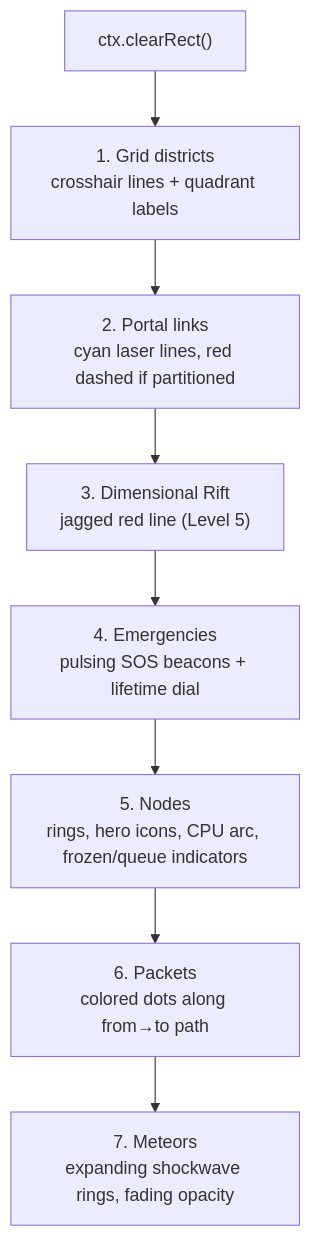
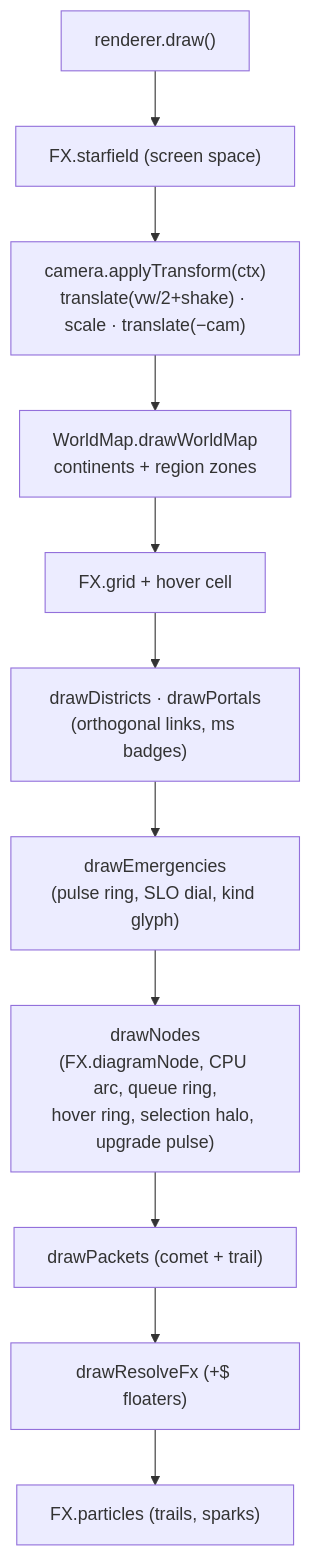
Before and after one commit to bmvanwyk/Architect: the eighth of 8 diagrams in docs/architecture.md, drawn with Mermaid. The commit also changed other lines of this file, not shown here.

Commit message:
docs: architecture.md — module map, tick pipeline, packet state machine, mechanics reference, modification recipes (Mermaid)

````diff
--- a/docs/architecture.md
+++ b/docs/architecture.md
@@ -275,10 +223,13 @@
 ```mermaid
 flowchart TD
-    CLR["ctx.clearRect()"] --> G1["1. Grid districts<br/>crosshair lines + quadrant labels"]
-    G1 --> G2["2. Portal links<br/>cyan laser lines, red dashed if partitioned"]
-    G2 --> G3["3. Dimensional Rift<br/>jagged red line (Level 5)"]
-    G3 --> G4["4. Emergencies<br/>pulsing SOS beacons + lifetime dial"]
-    G4 --> G5["5. Nodes<br/>rings, hero icons, CPU arc, frozen/queue indicators"]
-    G5 --> G6["6. Packets<br/>colored dots along from→to path"]
-    G6 --> G7["7. Meteors<br/>expanding shockwave rings, fading opacity"]
+    A["renderer.draw()"] --> B["FX.starfield (screen space)"]
+    B --> C["camera.applyTransform(ctx)<br/>translate(vw/2+shake) · scale · translate(−cam)"]
+    C --> D["WorldMap.drawWorldMap<br/>continents + region zones"]
+    D --> E["FX.grid + hover cell"]
+    E --> F["drawDistricts · drawPortals<br/>(orthogonal links, ms badges)"]
+    F --> G["drawEmergencies<br/>(pulse ring, SLO dial, kind glyph)"]
+    G --> H["drawNodes<br/>(FX.diagramNode, CPU arc, queue ring,<br/>hover ring, selection halo, upgrade pulse)"]
+    H --> I["drawPackets (comet + trail)"]
+    I --> J["drawResolveFx (+$ floaters)"]
+    J --> K["FX.particles (trails, sparks)"]
 ```
````
